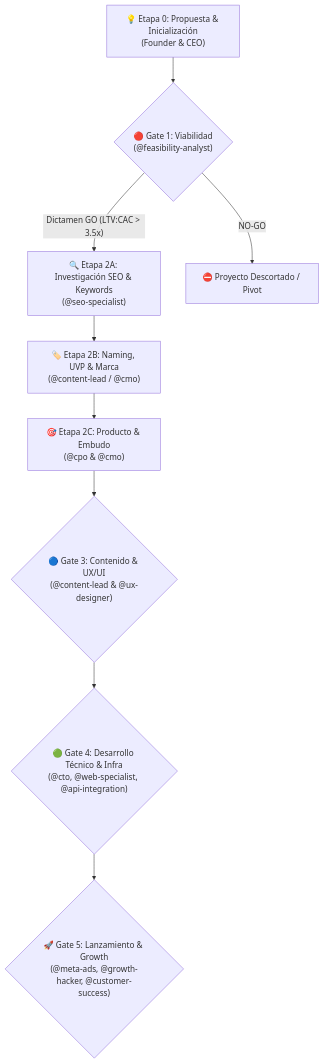
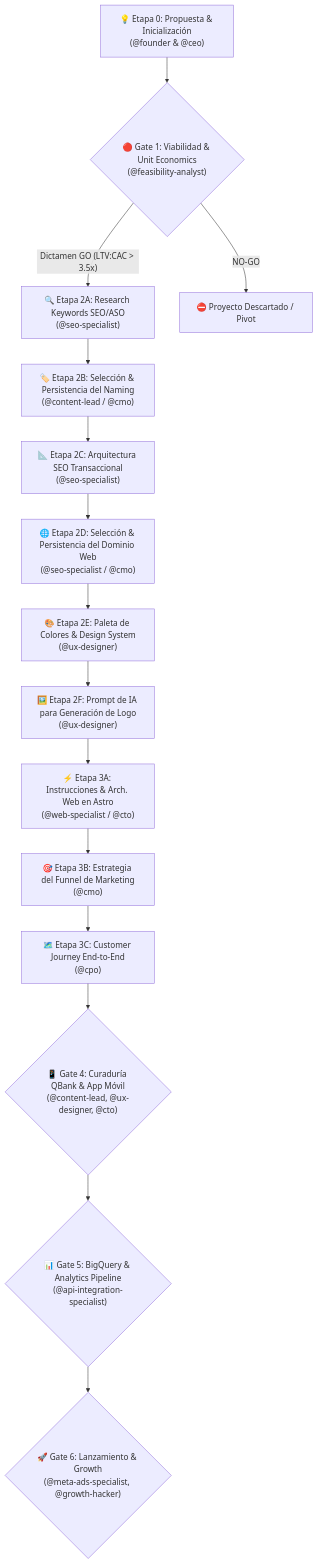
One commit to elchristog/startup_builder changed the diagram in agents/business-development-funnel.md. Above: the diagram before and after it, drawn with Mermaid. The commit also changed other lines of this file and 2 other files, not shown here.

Commit message:
feat(funnel): update Business Development Lifecycle with exact sequential persistence stages (Naming -> SEO Arch -> Domain -> Palette -> Logo AI Prompt -> Astro Spec -> Marketing Funnel -> Customer Journey)

````diff
--- a/agents/business-development-funnel.md
+++ b/agents/business-development-funnel.md
@@ -20,11 +20,17 @@
 ```mermaid
 graph TD
-    E0["💡 Etapa 0: Propuesta & Inicialización<br/>(Founder & CEO)"] --> Gate1{"🔴 Gate 1: Viabilidad<br/>(@feasibility-analyst)"}
-    Gate1 -- "Dictamen GO (LTV:CAC > 3.5x)" --> E2A["🔍 Etapa 2A: Investigación SEO & Keywords<br/>(@seo-specialist)"]
-    Gate1 -- "NO-GO" --> Pivot["⛔ Proyecto Descortado / Pivot"]
-    E2A --> E2B["🏷️ Etapa 2B: Naming, UVP & Marca<br/>(@content-lead / @cmo)"]
-    E2B --> E2C["🎯 Etapa 2C: Producto & Embudo<br/>(@cpo & @cmo)"]
-    E2C --> Gate3{"🔵 Gate 3: Contenido & UX/UI<br/>(@content-lead & @ux-designer)"}
-    Gate3 --> Gate4{"🟢 Gate 4: Desarrollo Técnico & Infra<br/>(@cto, @web-specialist, @api-integration)"}
-    Gate4 --> Gate5{"🚀 Gate 5: Lanzamiento & Growth<br/>(@meta-ads, @growth-hacker, @customer-success)"}
+    E0["💡 Etapa 0: Propuesta & Inicialización<br/>(@founder & @ceo)"] --> Gate1{"🔴 Gate 1: Viabilidad & Unit Economics<br/>(@feasibility-analyst)"}
+    Gate1 -- "Dictamen GO (LTV:CAC > 3.5x)" --> E2A["🔍 Etapa 2A: Research Keywords SEO/ASO<br/>(@seo-specialist)"]
+    Gate1 -- "NO-GO" --> Pivot["⛔ Proyecto Descartado / Pivot"]
+    E2A --> E2B["🏷️ Etapa 2B: Selección & Persistencia del Naming<br/>(@content-lead / @cmo)"]
+    E2B --> E2C["📐 Etapa 2C: Arquitectura SEO Transaccional<br/>(@seo-specialist)"]
+    E2C --> E2D["🌐 Etapa 2D: Selección & Persistencia del Dominio Web<br/>(@seo-specialist / @cmo)"]
+    E2D --> E2E["🎨 Etapa 2E: Paleta de Colores & Design System<br/>(@ux-designer)"]
+    E2E --> E2F["🖼️ Etapa 2F: Prompt de IA para Generación de Logo<br/>(@ux-designer)"]
+    E2F --> E3A["⚡ Etapa 3A: Instrucciones & Arch. Web en Astro<br/>(@web-specialist / @cto)"]
+    E3A --> E3B["🎯 Etapa 3B: Estrategia del Funnel de Marketing<br/>(@cmo)"]
+    E3B --> E3C["🗺️ Etapa 3C: Customer Journey End-to-End<br/>(@cpo)"]
+    E3C --> Gate4{"📱 Gate 4: Curaduría QBank & App Móvil<br/>(@content-lead, @ux-designer, @cto)"}
+    Gate4 --> Gate5{"📊 Gate 5: BigQuery & Analytics Pipeline<br/>(@api-integration-specialist)"}
+    Gate5 --> Gate6{"🚀 Gate 6: Lanzamiento & Growth<br/>(@meta-ads-specialist, @growth-hacker)"}
 ```
````
